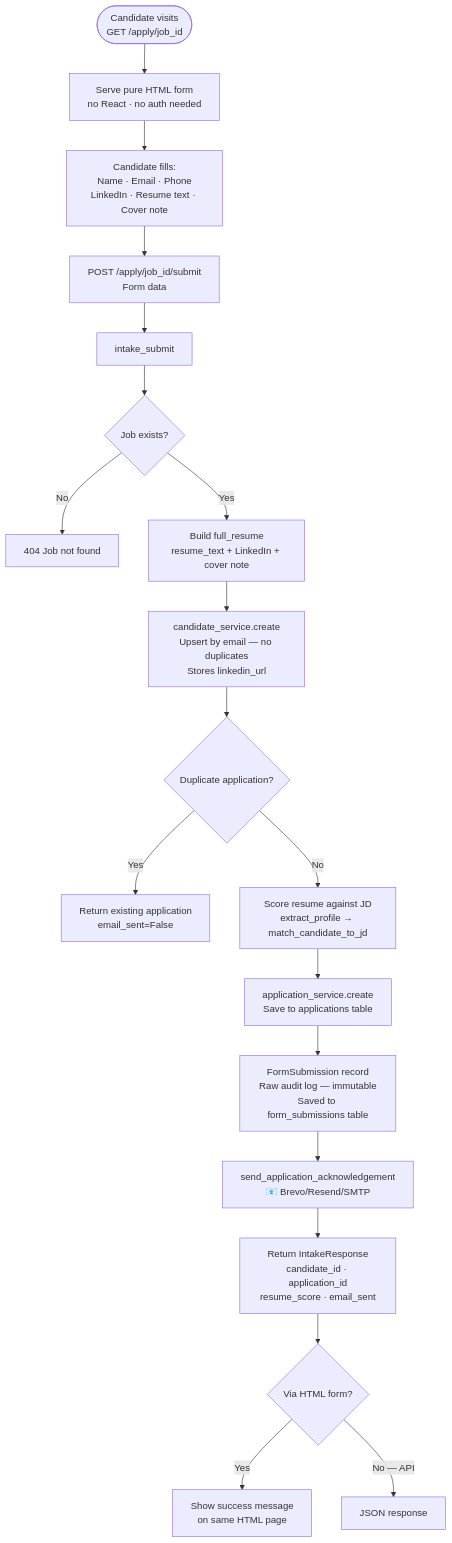
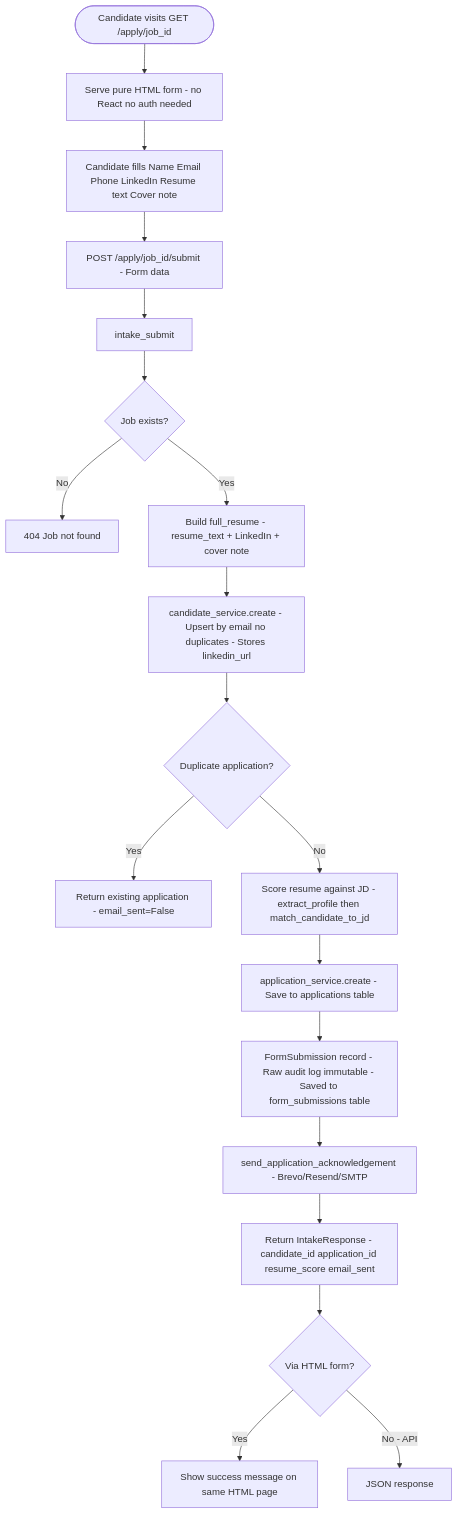
The eighth of 12 diagrams in FLOWCHARTS.md (Deep841/fairhire-ai), drawn with Mermaid before and after one commit. The commit also changed other lines of this file, not shown here.

Commit message:
fix: Remove all emojis and unicode from flowcharts - plain ASCII only for Mermaid compatibility

````diff
--- a/FLOWCHARTS.md
+++ b/FLOWCHARTS.md
@@ -372,26 +365,26 @@
 ```mermaid
 flowchart TD
-    A([Candidate visits\nGET /apply/job_id]) --> B[Serve pure HTML form\nno React · no auth needed]
-    B --> C[Candidate fills:\nName · Email · Phone\nLinkedIn · Resume text · Cover note]
-    C --> D[POST /apply/job_id/submit\nForm data]
+    A([Candidate visits GET /apply/job_id]) --> B[Serve pure HTML form - no React no auth needed]
+    B --> C[Candidate fills Name Email Phone LinkedIn Resume text Cover note]
+    C --> D[POST /apply/job_id/submit - Form data]
 
     D --> E[intake_submit]
     E --> F{Job exists?}
     F -->|No| G[404 Job not found]
-    F -->|Yes| H[Build full_resume\nresume_text + LinkedIn + cover note]
+    F -->|Yes| H[Build full_resume - resume_text + LinkedIn + cover note]
 
-    H --> I[candidate_service.create\nUpsert by email — no duplicates\nStores linkedin_url]
+    H --> I[candidate_service.create - Upsert by email no duplicates - Stores linkedin_url]
 
     I --> J{Duplicate application?}
-    J -->|Yes| K[Return existing application\nemail_sent=False]
-    J -->|No| L[Score resume against JD\nextract_profile → match_candidate_to_jd]
+    J -->|Yes| K[Return existing application - email_sent=False]
+    J -->|No| L[Score resume against JD - extract_profile then match_candidate_to_jd]
 
-    L --> M[application_service.create\nSave to applications table]
-    M --> N[FormSubmission record\nRaw audit log — immutable\nSaved to form_submissions table]
-    N --> O[send_application_acknowledgement\n📧 Brevo/Resend/SMTP]
-    O --> P[Return IntakeResponse\ncandidate_id · application_id\nresume_score · email_sent]
+    L --> M[application_service.create - Save to applications table]
+    M --> N[FormSubmission record - Raw audit log immutable - Saved to form_submissions table]
+    N --> O[send_application_acknowledgement - Brevo/Resend/SMTP]
+    O --> P[Return IntakeResponse - candidate_id application_id resume_score email_sent]
 
     P --> Q{Via HTML form?}
-    Q -->|Yes| R[Show success message\non same HTML page]
-    Q -->|No — API| S[JSON response]
+    Q -->|Yes| R[Show success message on same HTML page]
+    Q -->|No - API| S[JSON response]
 ```
````
